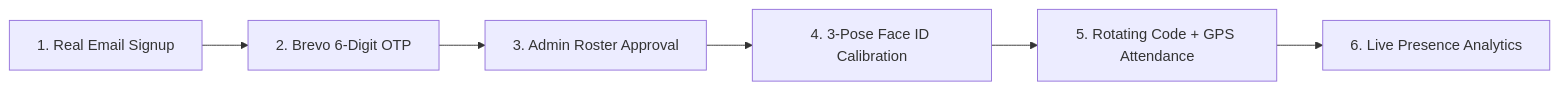
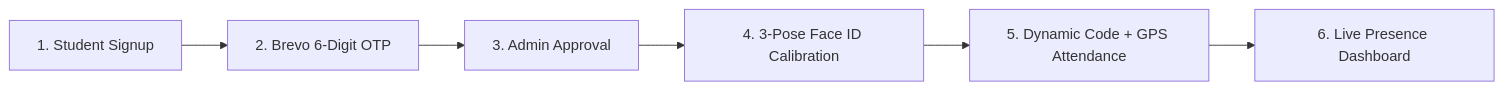
The second of 2 diagrams in README.md (Tharun4743/Bus-attendance), drawn with Mermaid before and after one commit. The commit also changed other lines of this file and 1 other file, not shown here.

Commit message:
docs(readme): clarify local development status and audit architecture details

````diff
--- a/README.md
+++ b/README.md
@@ -77,8 +96,8 @@
 ```mermaid
 flowchart LR
-    A["1. Real Email Signup"] --> B["2. Brevo 6-Digit OTP"]
-    B --> C["3. Admin Roster Approval"]
+    A["1. Student Signup"] --> B["2. Brevo 6-Digit OTP"]
+    B --> C["3. Admin Approval"]
     C --> D["4. 3-Pose Face ID Calibration"]
-    D --> E["5. Rotating Code + GPS Attendance"]
-    E --> F["6. Live Presence Analytics"]
+    D --> E["5. Dynamic Code + GPS Attendance"]
+    E --> F["6. Live Presence Dashboard"]
 ```
````
